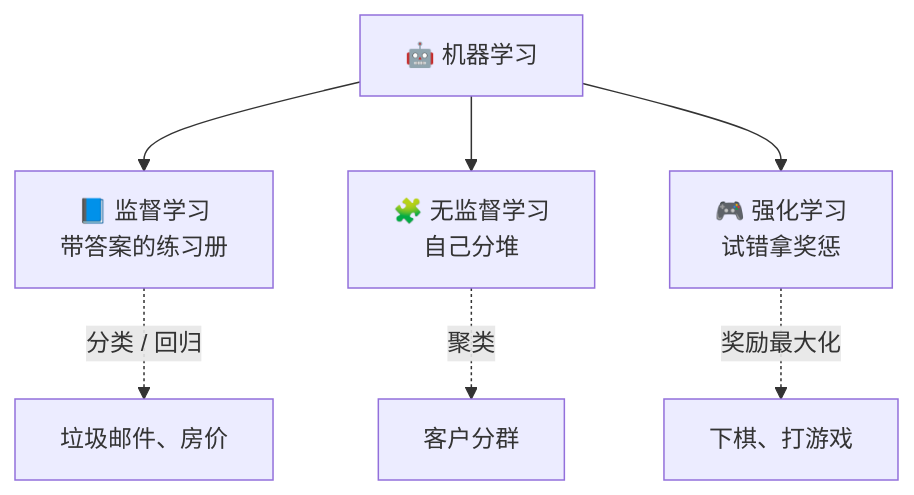
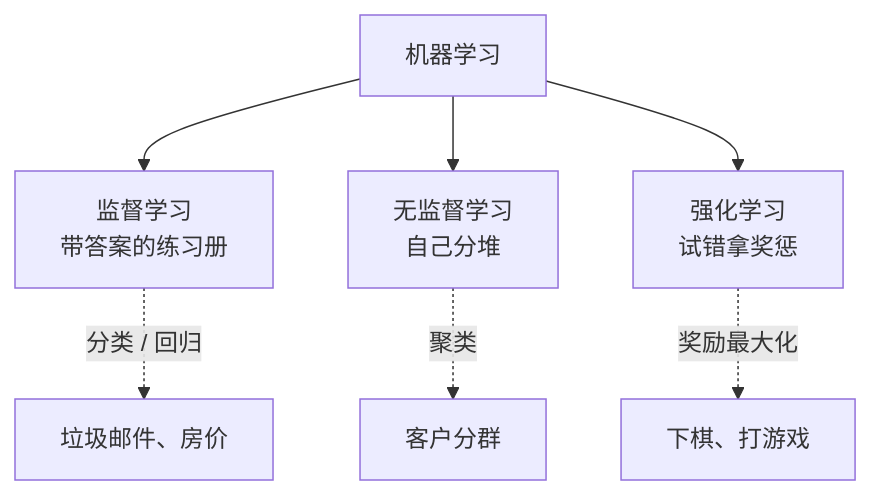
The second of 6 diagrams in docs/02_CONCEPTS_概念入门/CONCEPT/[CONCEPT-12] 什么是机器学习-MachineLearning.md (luckykhy/KhyAiHub), drawn with Mermaid before and after one commit. The commit also changed other lines of this file and 19 other files, not shown here.

````diff
--- a/docs/02_CONCEPTS_概念入门/CONCEPT/[CONCEPT-12] 什么是机器学习-MachineLearning.md
+++ b/docs/02_CONCEPTS_概念入门/CONCEPT/[CONCEPT-12] 什么是机器学习-MachineLearning.md
@@ -97,13 +97,13 @@
 ```mermaid
 flowchart TB
-  ML["🤖 机器学习"]
-  S["📘 监督学习<br/>带答案的练习册"]
-  U["🧩 无监督学习<br/>自己分堆"]
-  R["🎮 强化学习<br/>试错拿奖惩"]
+  ML["机器学习"]
+  S["监督学习<br/>带答案的练习册"]
+  U["无监督学习<br/>自己分堆"]
+  R["强化学习<br/>试错拿奖惩"]
   ML --> S
   ML --> U
   ML --> R
   S -.->|"分类 / 回归"| SE["垃圾邮件、房价"]
   U -.->|"聚类"| UE["客户分群"]
   R -.->|"奖励最大化"| RE["下棋、打游戏"]
 ```
````
